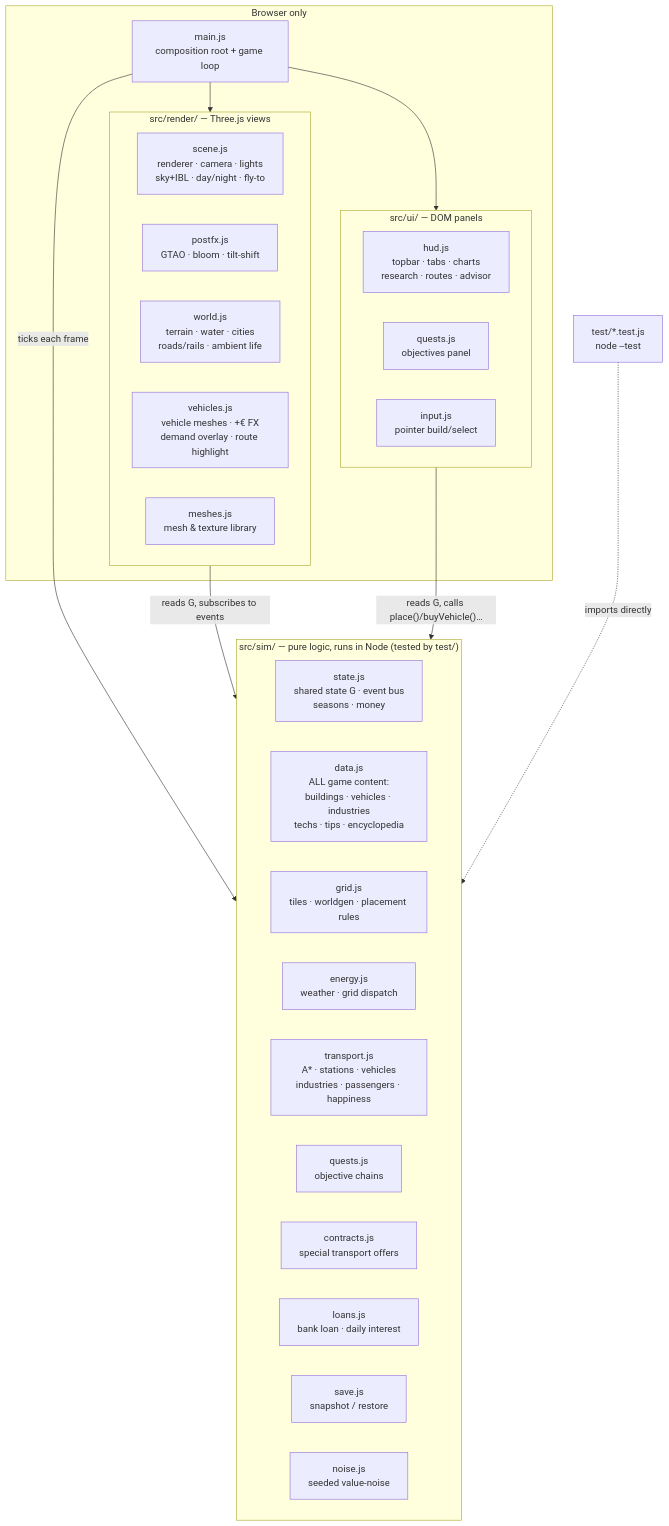
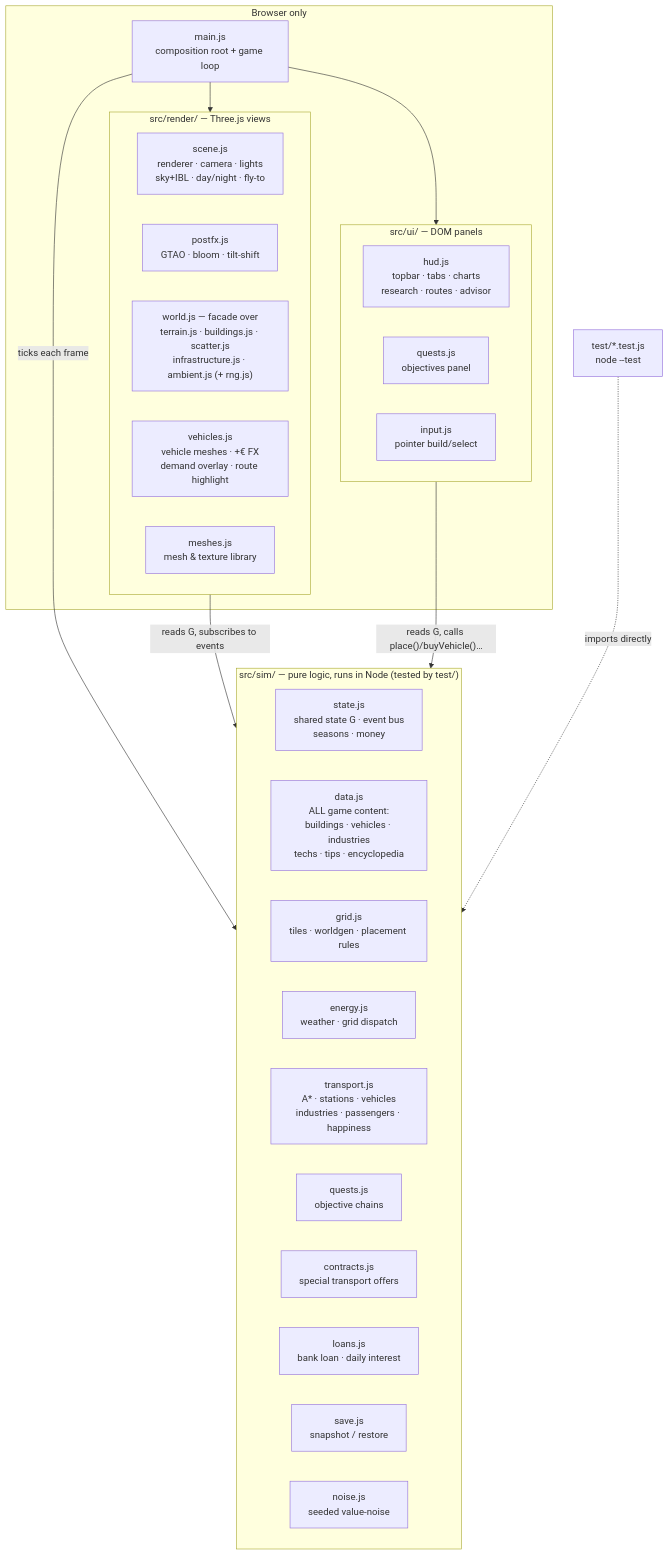
The diagram in docs/ARCHITECTURE.md (sttomm/transport-eco-tycoon), drawn with Mermaid before and after one commit. The commit also changed other lines of this file and 8 other files, not shown here.

````diff
--- a/docs/ARCHITECTURE.md
+++ b/docs/ARCHITECTURE.md
@@ -14,36 +14,36 @@
 ```mermaid
 flowchart TB
     subgraph browser["Browser only"]
         MAIN["main.js\ncomposition root + game loop"]
         subgraph render["src/render/ — Three.js views"]
             SCENE["scene.js\nrenderer · camera · lights\nsky+IBL · day/night · fly-to"]
             POSTFX["postfx.js\nGTAO · bloom · tilt-shift"]
-            RWORLD["world.js\nterrain · water · cities\nroads/rails · ambient life"]
+            RWORLD["world.js — facade over\nterrain.js · buildings.js · scatter.js\ninfrastructure.js · ambient.js (+ rng.js)"]
             RVEH["vehicles.js\nvehicle meshes · +€ FX\ndemand overlay · route highlight"]
             MESHES["meshes.js\nmesh & texture library"]
         end
         subgraph ui["src/ui/ — DOM panels"]
             HUD["hud.js\ntopbar · tabs · charts\nresearch · routes · advisor"]
             QPANEL["quests.js\nobjectives panel"]
             INPUT["input.js\npointer build/select"]
         end
     end
     subgraph sim["src/sim/ — pure logic, runs in Node (tested by test/)"]
         STATE["state.js\nshared state G · event bus\nseasons · money"]
         DATA["data.js\nALL game content:\nbuildings · vehicles · industries\ntechs · tips · encyclopedia"]
         GRID["grid.js\ntiles · worldgen · placement rules"]
         ENERGY["energy.js\nweather · grid dispatch"]
         TRANS["transport.js\nA* · stations · vehicles\nindustries · passengers · happiness"]
         QUESTS["quests.js\nobjective chains"]
         CONTRACTS["contracts.js\nspecial transport offers"]
         LOANS["loans.js\nbank loan · daily interest"]
         SAVE["save.js\nsnapshot / restore"]
         NOISE["noise.js\nseeded value-noise"]
     end
     MAIN -->|"ticks each frame"| sim
     MAIN --> render
     MAIN --> ui
     render -->|"reads G, subscribes to events"| sim
     ui -->|"reads G, calls place()/buyVehicle()…"| sim
     TESTS["test/*.test.js\nnode --test"] -.->|"imports directly"| sim
 ```
````
